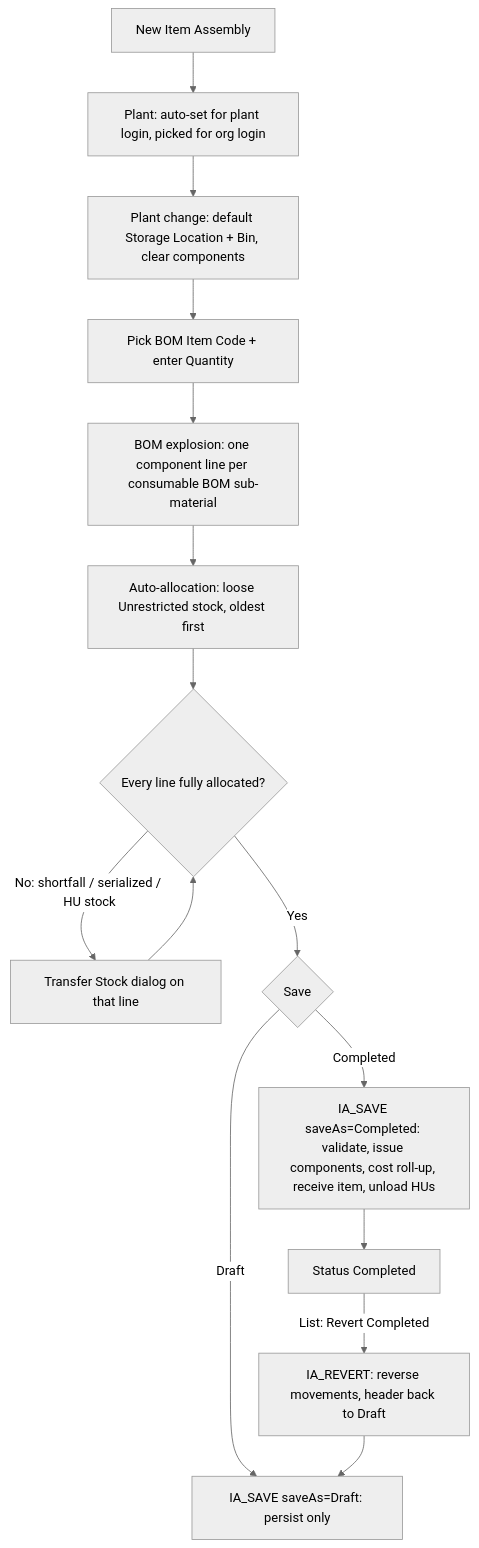
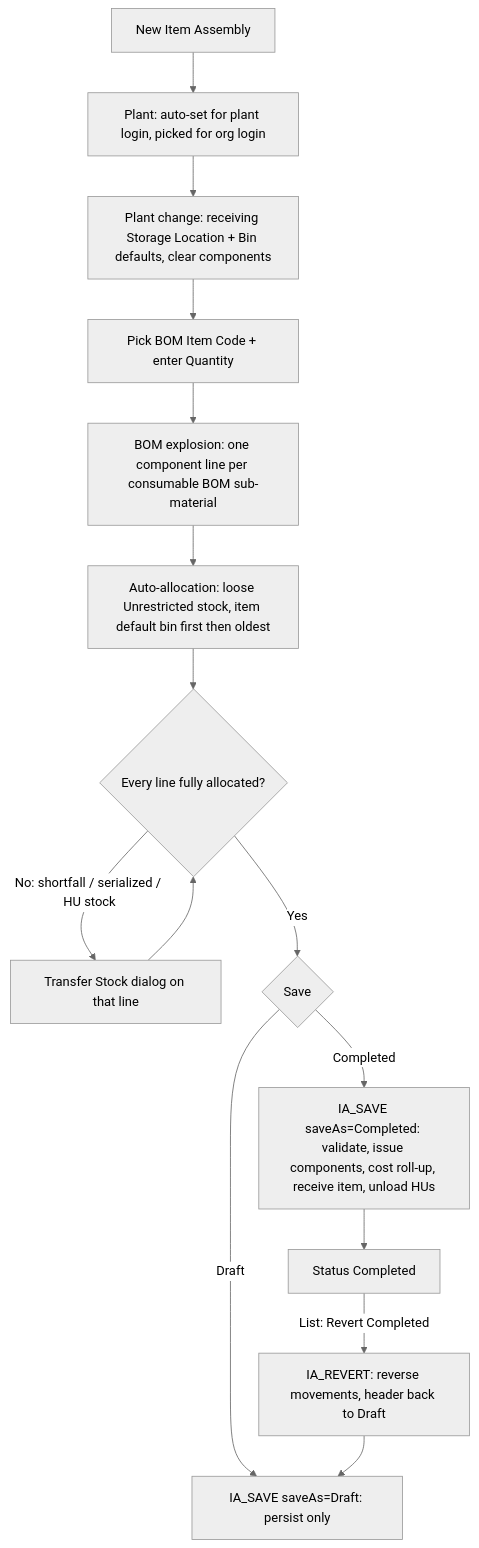
The diagram in Item Assembly & BOM/IA_MOBILE_GUIDE.md (yunawinaya/BladeXfunctions), drawn with Mermaid (neutral theme) before and after one commit. The commit also changed other lines of this file, not shown here.

````diff
--- a/Item Assembly & BOM/IA_MOBILE_GUIDE.md
+++ b/Item Assembly & BOM/IA_MOBILE_GUIDE.md
@@ -58,17 +58,17 @@
 ```mermaid
 flowchart TD
     A[New Item Assembly] --> B[Plant: auto-set for plant login, picked for org login]
-    B --> C[Plant change: default Storage Location + Bin, clear components]
+    B --> C[Plant change: receiving Storage Location + Bin defaults, clear components]
     C --> D[Pick BOM Item Code + enter Quantity]
     D --> E[BOM explosion: one component line per consumable BOM sub-material]
-    E --> F[Auto-allocation: loose Unrestricted stock, oldest first]
+    E --> F[Auto-allocation: loose Unrestricted stock, item default bin first then oldest]
     F --> G{Every line fully allocated?}
     G -->|No: shortfall / serialized / HU stock| H[Transfer Stock dialog on that line]
     H --> G
     G -->|Yes| I{Save}
     I -->|Draft| J[IA_SAVE saveAs=Draft: persist only]
     I -->|Completed| K[IA_SAVE saveAs=Completed: validate, issue components, cost roll-up, receive item, unload HUs]
     K --> L[Status Completed]
     L -->|List: Revert Completed| M[IA_REVERT: reverse movements, header back to Draft]
     M --> J
 ```
````
